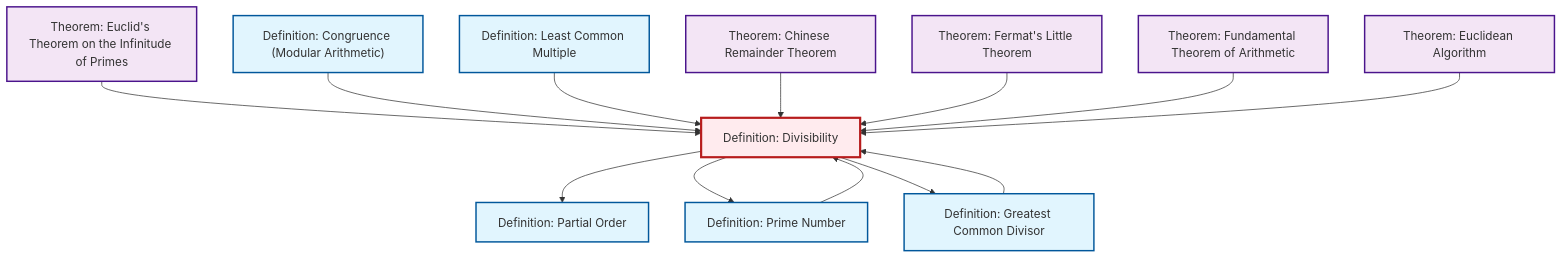
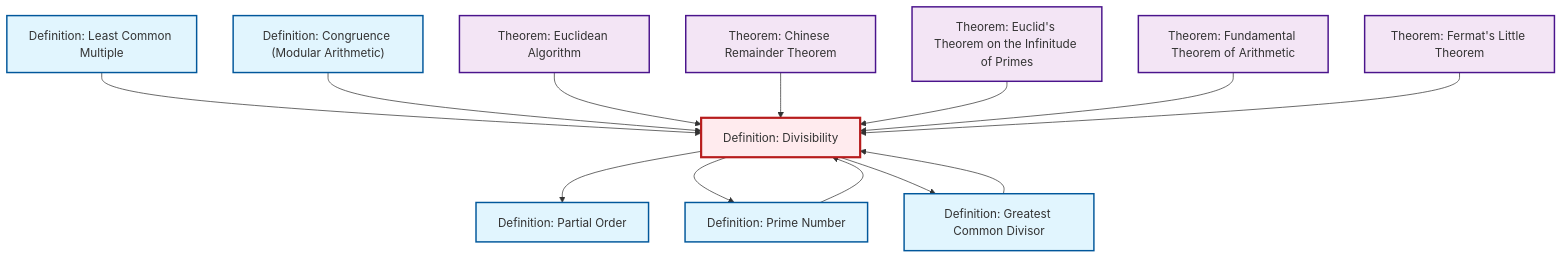
One commit to RK0429/ModernMath changed the diagram in output/mermaid/def-divisibility.mermaid. Above: the diagram before and after it, drawn with Mermaid. The commit also changed other lines of this file and 3633 other files, not shown here.

```diff
--- a/output/mermaid/def-divisibility.mermaid
+++ b/output/mermaid/def-divisibility.mermaid
@@ -1,31 +1,31 @@
 %%| fig-cap: "Local dependency graph"
 graph TD
     classDef definition fill:#e1f5fe,stroke:#01579b,stroke-width:2px
     classDef theorem fill:#f3e5f5,stroke:#4a148c,stroke-width:2px
     classDef axiom fill:#fff3e0,stroke:#e65100,stroke-width:2px
     classDef example fill:#e8f5e9,stroke:#1b5e20,stroke-width:2px
     classDef current fill:#ffebee,stroke:#b71c1c,stroke-width:3px
+    thm-chinese-remainder["Theorem: Chinese Remainder Theorem"]:::theorem
+    thm-fermat-little["Theorem: Fermat's Little Theorem"]:::theorem
+    thm-euclidean-algorithm["Theorem: Euclidean Algorithm"]:::theorem
+    def-gcd["Definition: Greatest Common Divisor"]:::definition
+    def-divisibility["Definition: Divisibility"]:::definition
+    thm-fundamental-arithmetic["Theorem: Fundamental Theorem of Arithmetic"]:::theorem
     thm-euclid-infinitude-primes["Theorem: Euclid's Theorem on the Infinitude of Primes"]:::theorem
     def-lcm["Definition: Least Common Multiple"]:::definition
-    def-gcd["Definition: Greatest Common Divisor"]:::definition
     def-partial-order["Definition: Partial Order"]:::definition
-    thm-euclidean-algorithm["Theorem: Euclidean Algorithm"]:::theorem
-    def-divisibility["Definition: Divisibility"]:::definition
+    def-prime["Definition: Prime Number"]:::definition
     def-congruence["Definition: Congruence (Modular Arithmetic)"]:::definition
-    thm-chinese-remainder["Theorem: Chinese Remainder Theorem"]:::theorem
-    def-prime["Definition: Prime Number"]:::definition
-    thm-fermat-little["Theorem: Fermat's Little Theorem"]:::theorem
-    thm-fundamental-arithmetic["Theorem: Fundamental Theorem of Arithmetic"]:::theorem
+    def-gcd --> def-divisibility
     def-divisibility --> def-partial-order
+    def-lcm --> def-divisibility
+    def-congruence --> def-divisibility
+    thm-euclidean-algorithm --> def-divisibility
+    def-prime --> def-divisibility
     def-divisibility --> def-prime
-    def-gcd --> def-divisibility
+    thm-chinese-remainder --> def-divisibility
     thm-euclid-infinitude-primes --> def-divisibility
-    def-congruence --> def-divisibility
+    thm-fundamental-arithmetic --> def-divisibility
+    thm-fermat-little --> def-divisibility
     def-divisibility --> def-gcd
-    def-lcm --> def-divisibility
-    thm-chinese-remainder --> def-divisibility
-    def-prime --> def-divisibility
-    thm-fermat-little --> def-divisibility
-    thm-fundamental-arithmetic --> def-divisibility
-    thm-euclidean-algorithm --> def-divisibility
     class def-divisibility current
```
